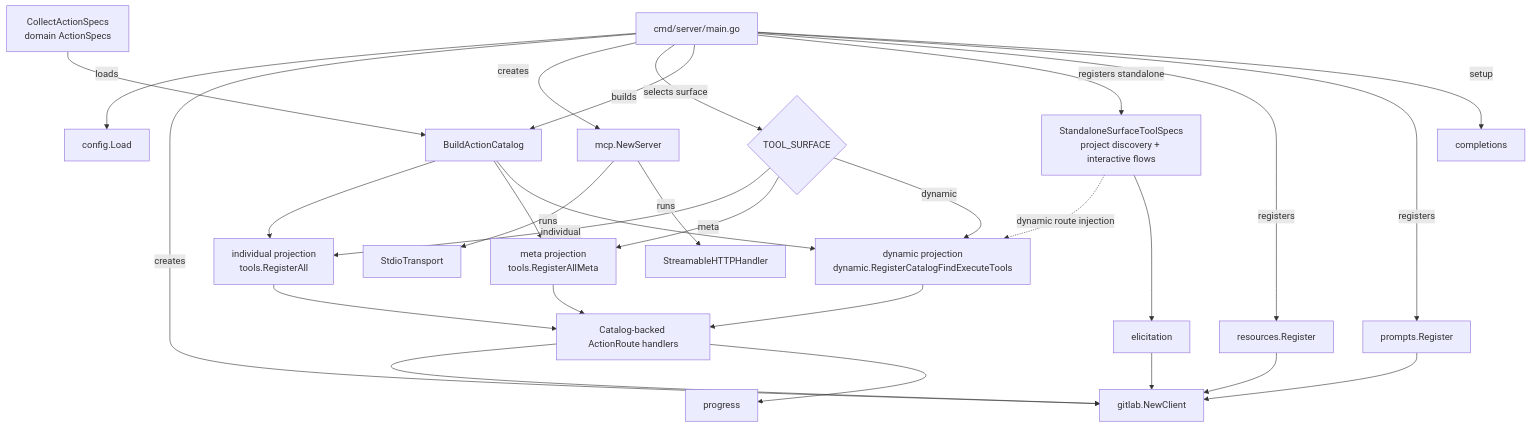
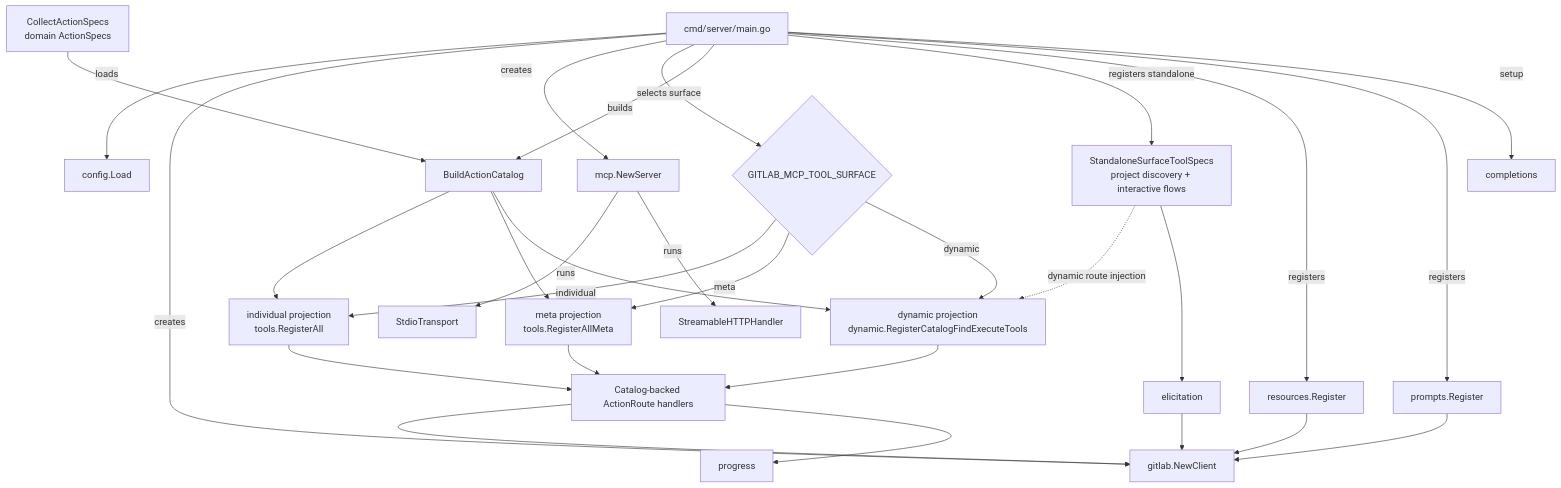
One commit to jmrplens/gitlab-mcp-server changed the first of 2 diagrams in docs/development/development.md. Above: the diagram before and after it, drawn with Mermaid. The commit also changed other lines of this file and 170 other files, not shown here.

````diff
--- a/docs/development/development.md
+++ b/docs/development/development.md
@@ -78,31 +78,31 @@
 ```mermaid
 graph TD
     MAIN[cmd/server/main.go] -->|loads| CFG[config.Load]
     MAIN -->|creates| GL[gitlab.NewClient]
     MAIN -->|creates| SRV[mcp.NewServer]
-    MAIN -->|selects surface| SURFACE{TOOL_SURFACE}
+    MAIN -->|selects surface| SURFACE{GITLAB_MCP_TOOL_SURFACE}
     SPECS[CollectActionSpecs<br/>domain ActionSpecs] --> CATALOG[BuildActionCatalog]
     MAIN -->|builds| CATALOG
     CATALOG --> IND[individual projection<br/>tools.RegisterAll]
     CATALOG --> META[meta projection<br/>tools.RegisterAllMeta]
     CATALOG --> DYN[dynamic projection<br/>dynamic.RegisterCatalogFindExecuteTools]
     STANDALONE[StandaloneSurfaceToolSpecs<br/>project discovery + interactive flows] -.->|dynamic route injection| DYN
     SURFACE -->|individual| IND
     SURFACE -->|meta| META
     SURFACE -->|dynamic| DYN
     IND --> PROJECTION[Catalog-backed ActionRoute handlers]
     META --> PROJECTION
     DYN --> PROJECTION
     MAIN -->|registers standalone| STANDALONE
     MAIN -->|registers| RES[resources.Register]
     MAIN -->|registers| PROMPTS[prompts.Register]
     MAIN -->|setup| COMP[completions]
     SRV -->|runs| STDIO[StdioTransport]
     SRV -->|runs| HTTP[StreamableHTTPHandler]
     PROJECTION --> GL
     PROJECTION --> PROG[progress]
     STANDALONE --> ELIC[elicitation]
     ELIC --> GL
     RES --> GL
     PROMPTS --> GL
 ```
````
